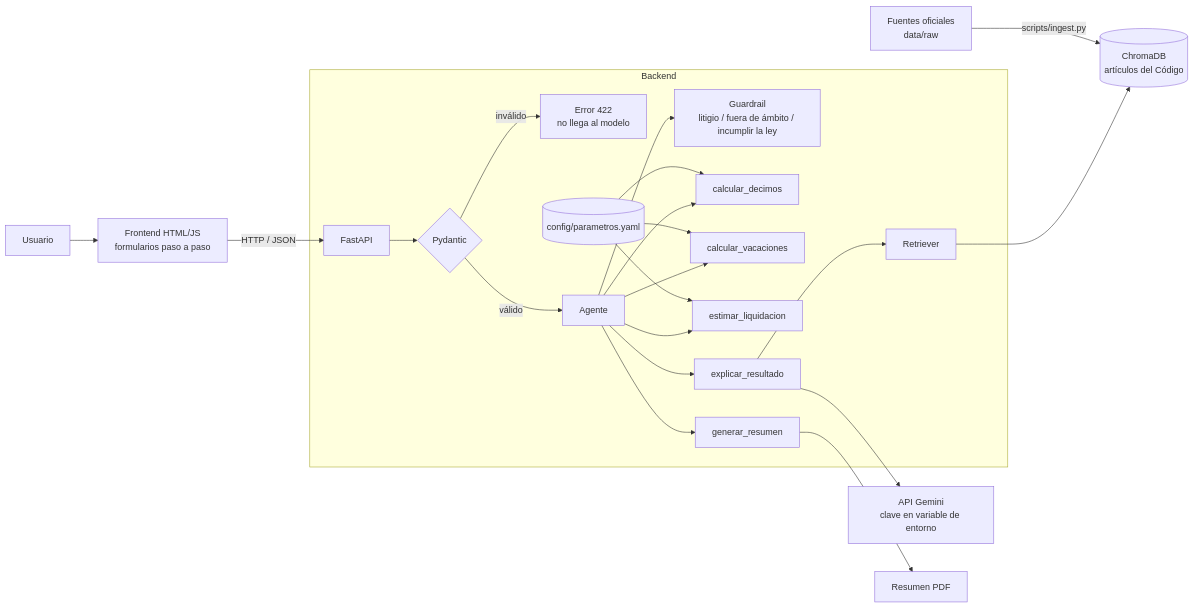
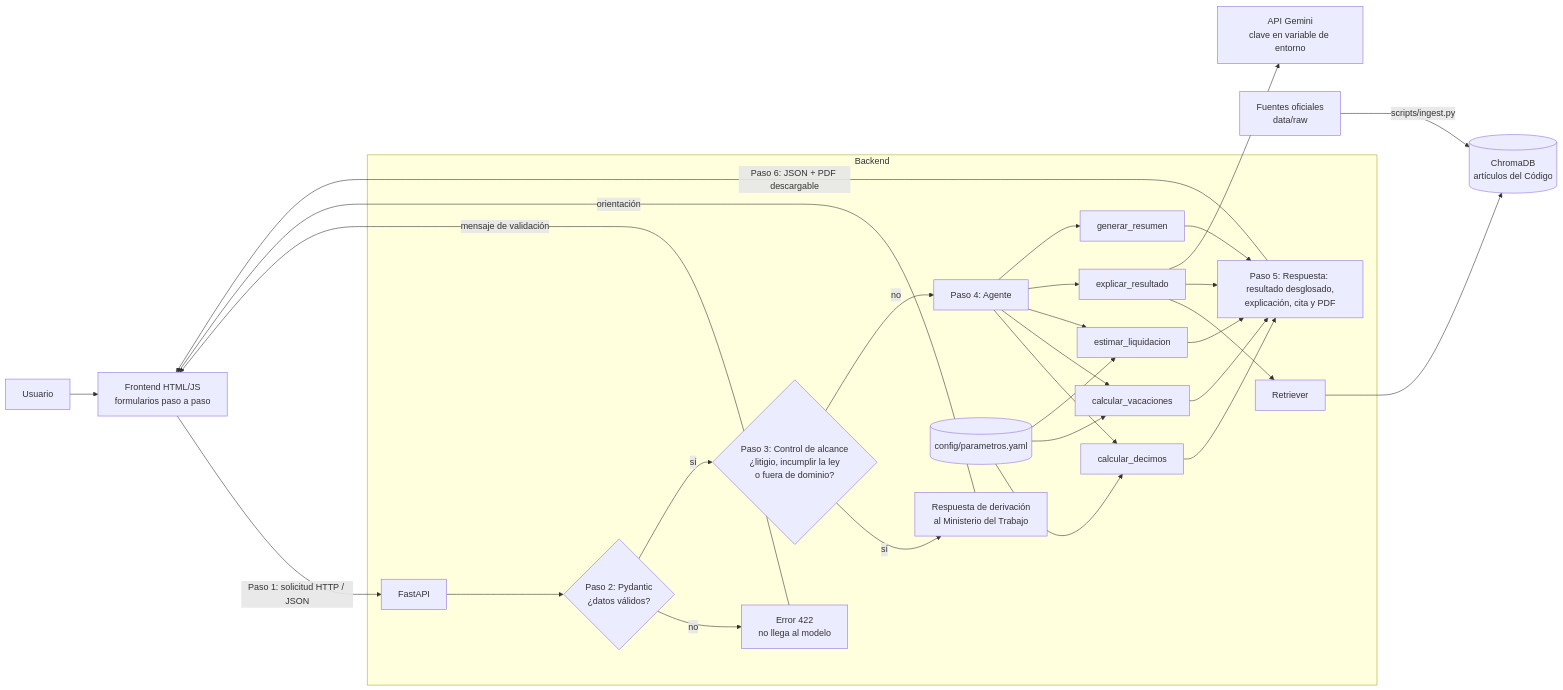
One commit to AlexGuerreroR/calculadora-laboral-ec changed the diagram in docs/03-arquitectura.md. Above: the diagram before and after it, drawn with Mermaid. The commit also changed other lines of this file, not shown here.

Commit message:
docs: corrige flujo de arquitectura según revisión
- Control de alcance como paso previo obligatorio antes del agente.
- Flechas de retorno al frontend (error 422, derivación y respuesta con PDF).
- Etiquetas "Paso N:" en el diagrama.
Responde a la revisión de Alexander en el PR #37.

````diff
--- a/docs/03-arquitectura.md
+++ b/docs/03-arquitectura.md
@@ -7,22 +7,26 @@
 ```mermaid
 flowchart LR
     U[Usuario] --> F[Frontend HTML/JS<br/>formularios paso a paso]
-    F -->|HTTP / JSON| API[FastAPI]
+    F -->|Paso 1: solicitud HTTP / JSON| API[FastAPI]
     subgraph Backend
-      API --> VAL{Pydantic}
-      VAL -->|inválido| ERR[Error 422<br/>no llega al modelo]
-      VAL -->|válido| AG[Agente]
-      AG --> GR[Guardrail<br/>litigio / fuera de ámbito / incumplir la ley]
+      API --> VAL{Paso 2: Pydantic<br/>¿datos válidos?}
+      VAL -->|no| ERR[Error 422<br/>no llega al modelo]
+      VAL -->|sí| GR{Paso 3: Control de alcance<br/>¿litigio, incumplir la ley<br/>o fuera de dominio?}
+      GR -->|sí| DER[Respuesta de derivación<br/>al Ministerio del Trabajo]
+      GR -->|no| AG[Paso 4: Agente]
       AG --> T1[calcular_decimos]
       AG --> T2[calcular_vacaciones]
       AG --> T3[estimar_liquidacion]
       AG --> T4[explicar_resultado]
       AG --> T5[generar_resumen]
       CFG[(config/parametros.yaml)] --> T1 & T2 & T3
       T4 --> RET[Retriever]
+      T1 & T2 & T3 & T4 & T5 --> RESP[Paso 5: Respuesta: resultado desglosado,<br/>explicación, cita y PDF]
     end
     RET --> VDB[(ChromaDB<br/>artículos del Código)]
     SRC[Fuentes oficiales<br/>data/raw] -->|scripts/ingest.py| VDB
     T4 --> LLM[API Gemini<br/>clave en variable de entorno]
-    T5 --> PDF[Resumen PDF]
+    ERR -->|mensaje de validación| F
+    DER -->|orientación| F
+    RESP -->|Paso 6: JSON + PDF descargable| F
 ```
````
